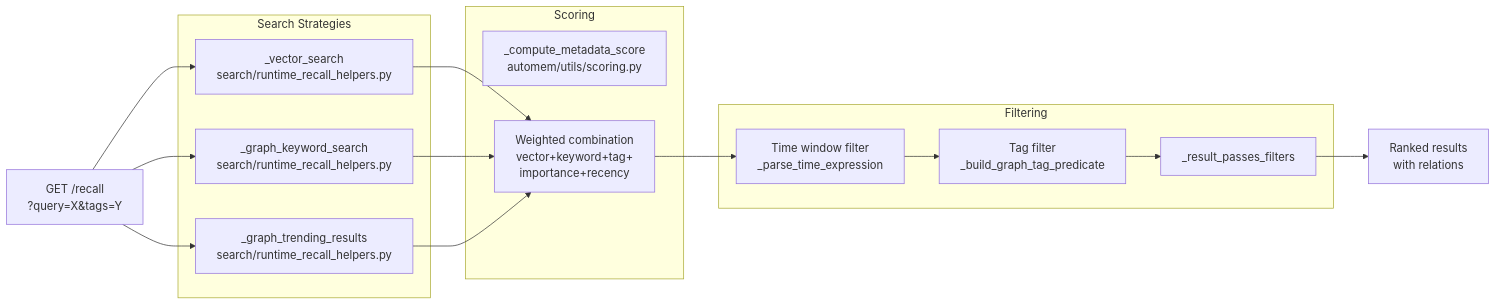
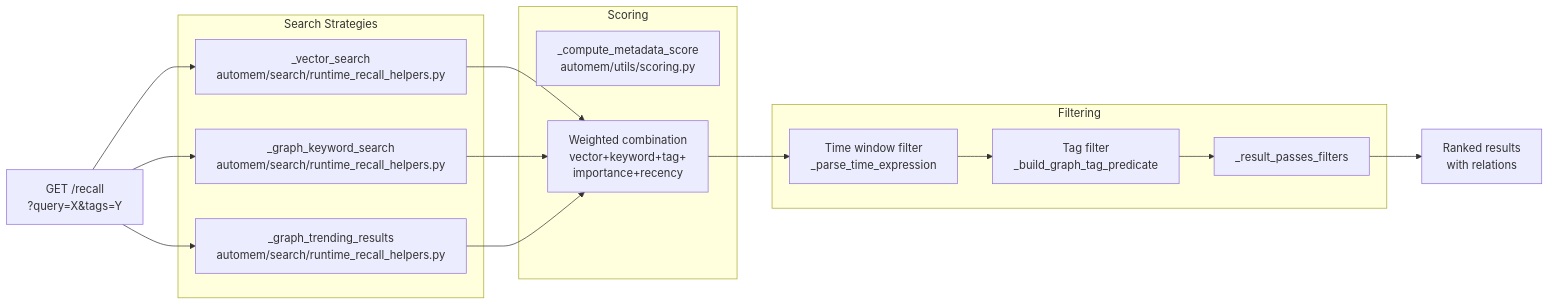
The first of 4 diagrams in src/content/docs/docs/reference/api/recall-operations.md (verygoodplugins/automem-website), drawn with Mermaid before and after one commit. The commit also changed other lines of this file, not shown here.

Commit message:
docs: address review feedback on recall-operations page
https://claude.ai/code/session_01Fw44NPaTqaPa1KJGnW3tSF

````diff
--- a/src/content/docs/docs/reference/api/recall-operations.md
+++ b/src/content/docs/docs/reference/api/recall-operations.md
@@ -104,35 +104,35 @@
 ```mermaid
 graph LR
     Request["GET /recall<br/>?query=X&tags=Y"]
 
     subgraph "Search Strategies"
-        Vector["_vector_search<br/>search/runtime_recall_helpers.py"]
-        Keyword["_graph_keyword_search<br/>search/runtime_recall_helpers.py"]
-        Trending["_graph_trending_results<br/>search/runtime_recall_helpers.py"]
+        Vector["_vector_search<br/>automem/search/runtime_recall_helpers.py"]
+        Keyword["_graph_keyword_search<br/>automem/search/runtime_recall_helpers.py"]
+        Trending["_graph_trending_results<br/>automem/search/runtime_recall_helpers.py"]
     end
 
     subgraph "Scoring"
         Compute["_compute_metadata_score<br/>automem/utils/scoring.py"]
         Combine["Weighted combination<br/>vector+keyword+tag+<br/>importance+recency"]
     end
 
     subgraph "Filtering"
         Time["Time window filter<br/>_parse_time_expression"]
         Tags["Tag filter<br/>_build_graph_tag_predicate"]
         ResultFilter["_result_passes_filters"]
     end
 
     Request --> Vector
     Request --> Keyword
     Request --> Trending
 
     Vector --> Combine
     Keyword --> Combine
     Trending --> Combine
 
     Combine --> Time
     Time --> Tags
     Tags --> ResultFilter
 
     ResultFilter --> Response["Ranked results<br/>with relations"]
 ```
````
